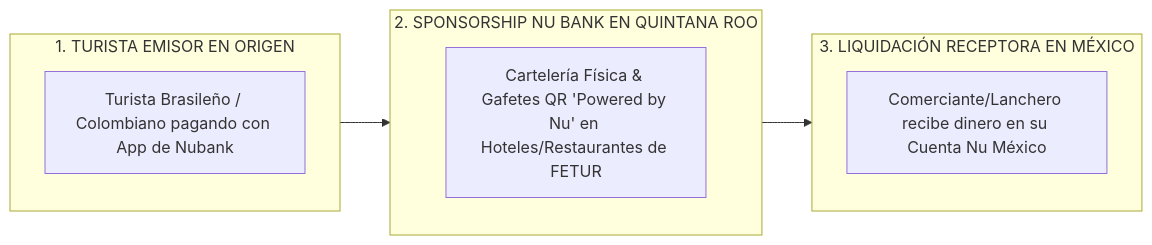
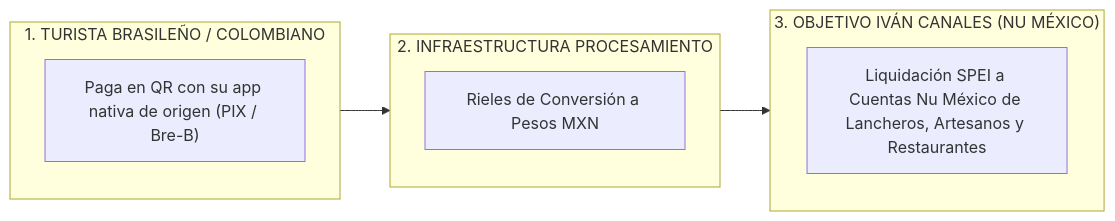
Before and after one commit to agutierrez11/riviera-maya-payments: the diagram in PROPUESTA_PATROCINIO_ESTRATEGICO_NU_BANK.md, drawn with Mermaid. The commit also changed other lines of this file, not shown here.

Commit message:
feat: propuesta de patrocinio enfocada a Ivan Canales (CEO Nu Mexico) y sus metas de captacion local

````diff
--- a/PROPUESTA_PATROCINIO_ESTRATEGICO_NU_BANK.md
+++ b/PROPUESTA_PATROCINIO_ESTRATEGICO_NU_BANK.md
@@ -19,16 +18,16 @@
 ```mermaid
 flowchart LR
-    subgraph EMISOR ["1. TURISTA EMISOR EN ORIGEN"]
-        A["Turista Brasileño / Colombiano pagando con App de Nubank"]
+    subgraph TURISTA ["1. TURISTA BRASILEÑO / COLOMBIANO"]
+        A["Paga en QR con su app nativa de origen (PIX / Bre-B)"]
     end
 
-    subgraph SPONSOR ["2. SPONSORSHIP NU BANK EN QUINTANA ROO"]
-        B["Cartelería Física & Gafetes QR 'Powered by Nu' en Hoteles/Restaurantes de FETUR"]
+    subgraph PROCESADOR ["2. INFRAESTRUCTURA PROCESAMIENTO"]
+        B["Rieles de Conversión a Pesos MXN"]
     end
 
-    subgraph RECEPTOR ["3. LIQUIDACIÓN RECEPTORA EN MÉXICO"]
-        C["Comerciante/Lanchero recibe dinero en su Cuenta Nu México"]
+    subgraph NUMEXICO ["3. OBJETIVO IVÁN CANALES (NU MÉXICO)"]
+        C["Liquidación SPEI a Cuentas Nu México de Lancheros, Artesanos y Restaurantes"]
     end
 
-    EMISOR --> SPONSOR --> RECEPTOR
+    TURISTA --> PROCESADOR --> NUMEXICO
 ```
````
